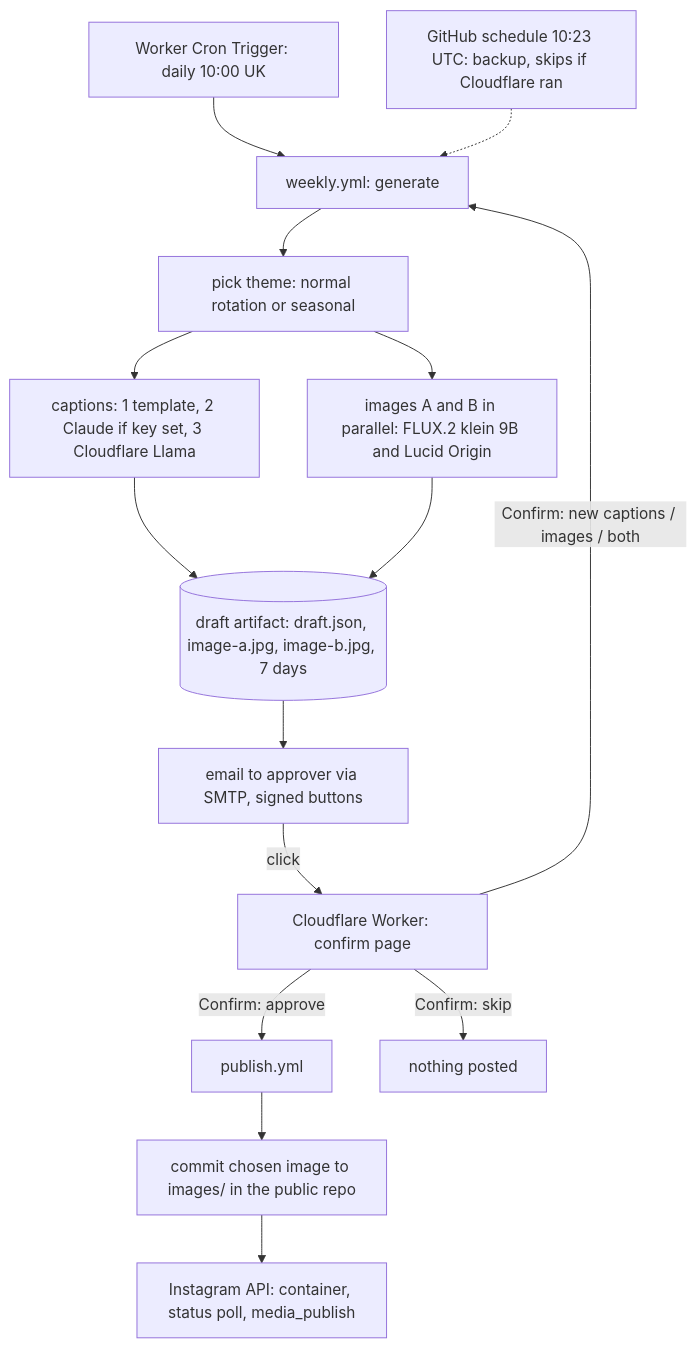
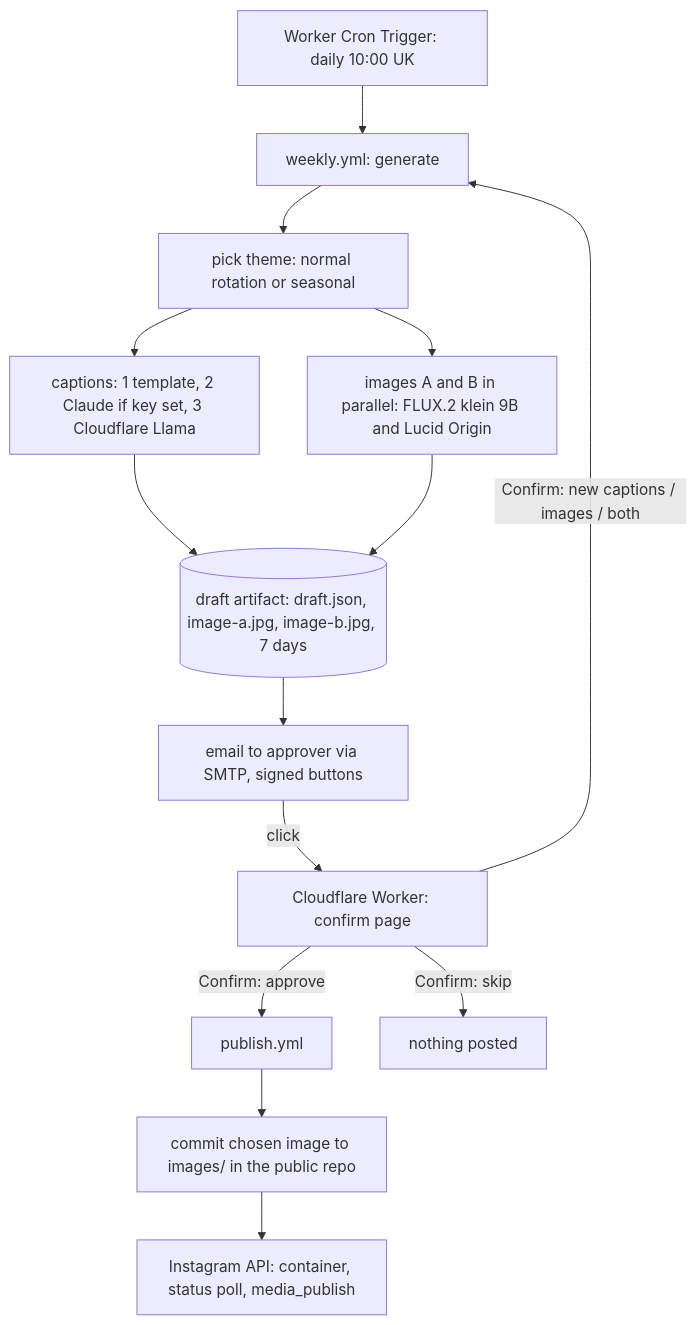
One commit to rtaank80/fdc-automation changed the diagram in project-docs/ARCHITECTURE.md. Above: the diagram before and after it, drawn with Mermaid. The commit also changed other lines of this file and 6 other files, not shown here.

First line of the commit message:
Remove the GitHub schedule from the draft workflow

````diff
--- a/project-docs/ARCHITECTURE.md
+++ b/project-docs/ARCHITECTURE.md
@@ -4,17 +4,16 @@
 ```mermaid
 flowchart TD
   CR[Worker Cron Trigger: daily 10:00 UK] --> G[weekly.yml: generate]
-  S[GitHub schedule 10:23 UTC: backup, skips if Cloudflare ran] -.-> G
   G --> T[pick theme: normal rotation or seasonal]
   T --> C[captions: 1 template, 2 Claude if key set, 3 Cloudflare Llama]
   T --> I[images A and B in parallel: FLUX.2 klein 9B and Lucid Origin]
   C --> D[(draft artifact: draft.json, image-a.jpg, image-b.jpg, 7 days)]
   I --> D
   D --> E[email to approver via SMTP, signed buttons]
   E -->|click| W[Cloudflare Worker: confirm page]
   W -->|Confirm: approve| P[publish.yml]
   W -->|Confirm: new captions / images / both| G
   W -->|Confirm: skip| X[nothing posted]
   P --> H[commit chosen image to images/ in the public repo]
   H --> IG[Instagram API: container, status poll, media_publish]
 ```
````
